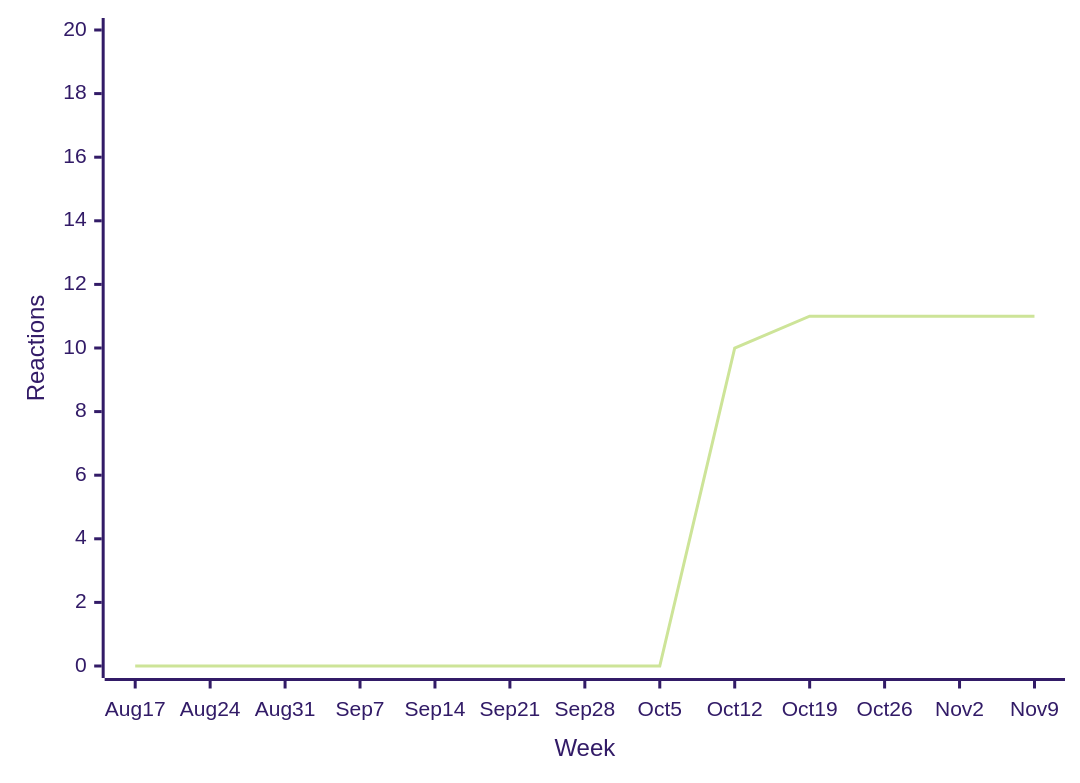
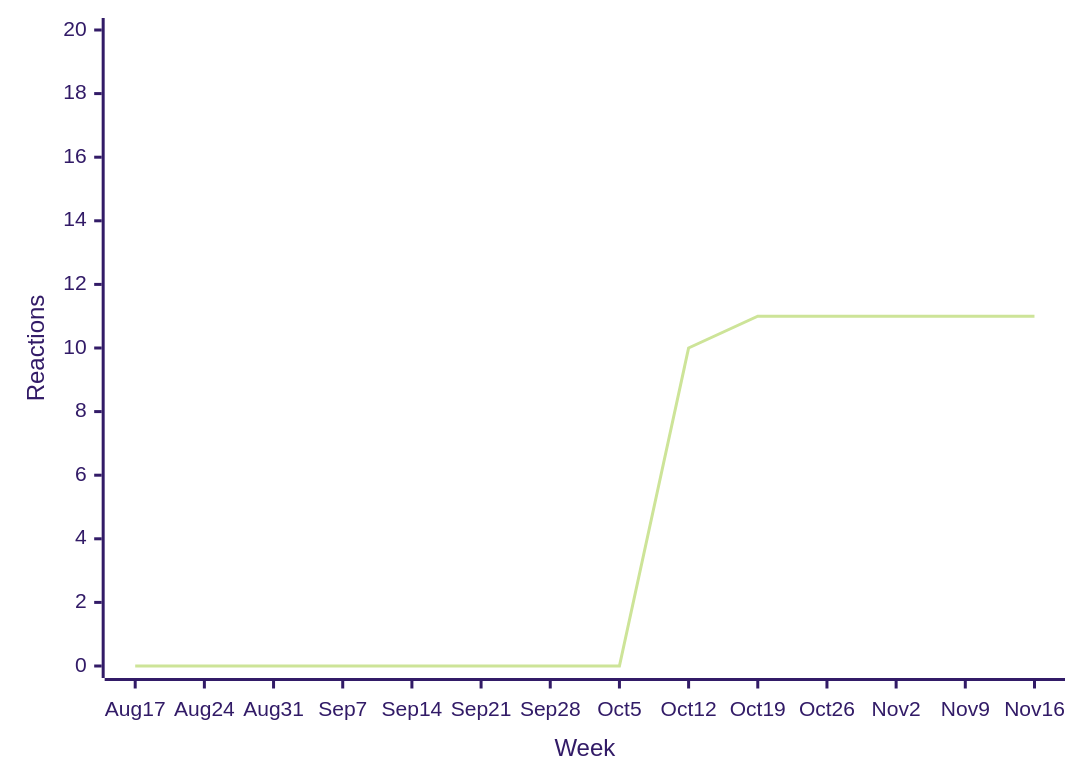
Before and after one commit to loic-sharma/github-insights: diagram 13 of 38 in README.md, drawn with Mermaid (forest theme). The commit also changed other lines of this file and 3 other files, not shown here.

````diff
--- a/README.md
+++ b/README.md
@@ -528,6 +528,6 @@
   ```mermaid
   xychart-beta
-    x-axis "Week" [Aug 17, Aug 24, Aug 31, Sep 7, Sep 14, Sep 21, Sep 28, Oct 5, Oct 12, Oct 19, Oct 26, Nov 2, Nov 9]
+    x-axis "Week" [Aug 17, Aug 24, Aug 31, Sep 7, Sep 14, Sep 21, Sep 28, Oct 5, Oct 12, Oct 19, Oct 26, Nov 2, Nov 9, Nov 16]
     y-axis "Reactions" 0 --> 20
-    line [0, 0, 0, 0, 0, 0, 0, 0, 10, 11, 11, 11, 11]
+    line [0, 0, 0, 0, 0, 0, 0, 0, 10, 11, 11, 11, 11, 11]
   ```
````
